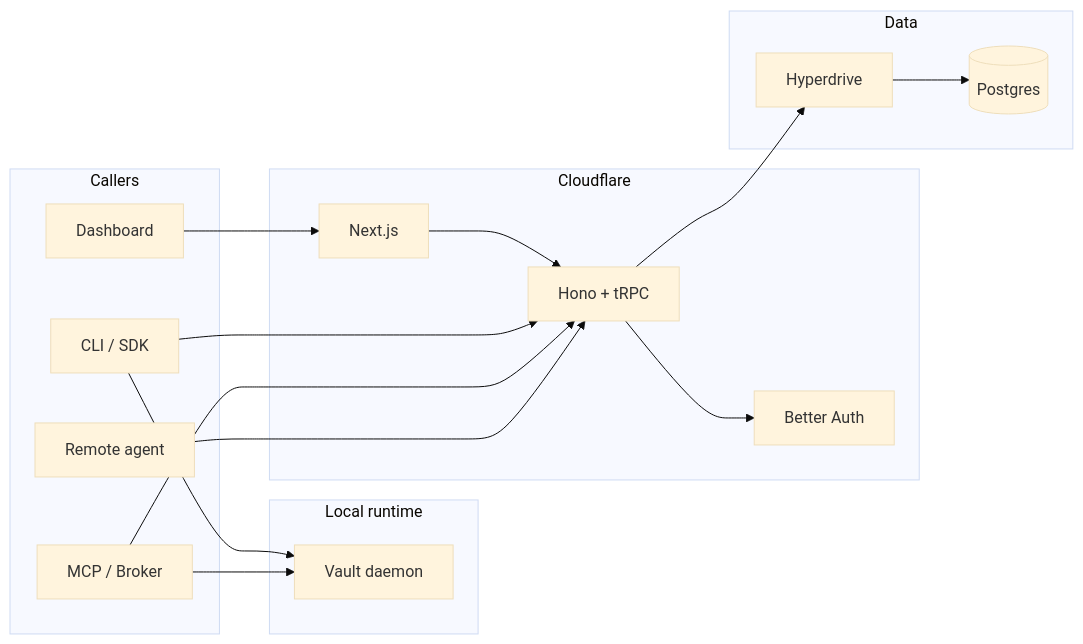
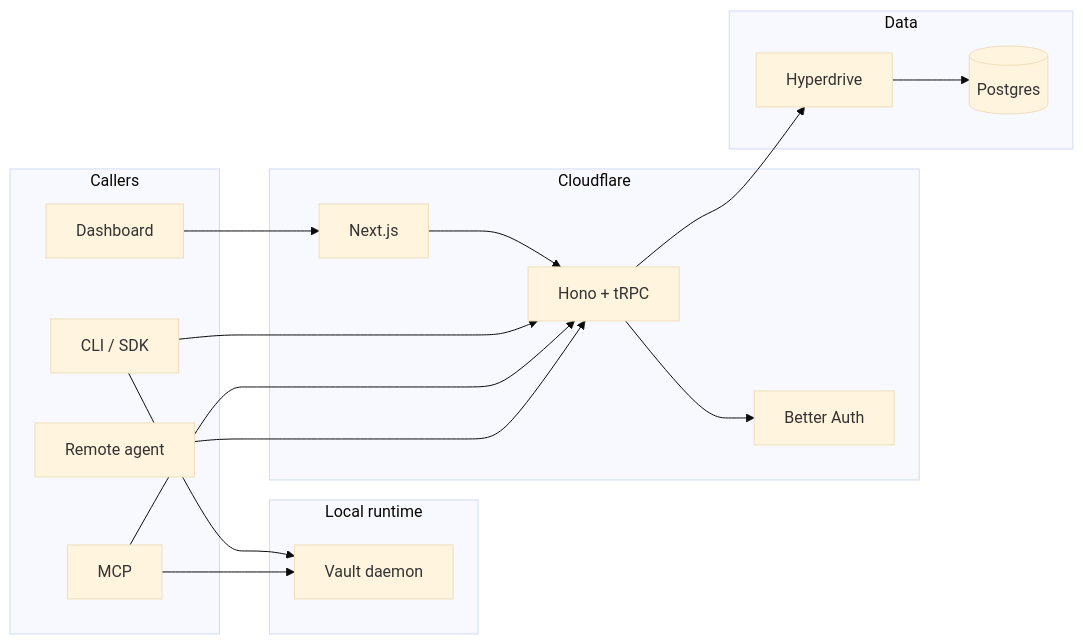
The diagram in docs/ARCHITECTURE.md (punitarani/abadge), drawn with Mermaid (base theme) before and after one commit. The commit also changed other lines of this file and 3 other files, not shown here.

````diff
--- a/docs/ARCHITECTURE.md
+++ b/docs/ARCHITECTURE.md
@@ -54,34 +53,34 @@
 ```mermaid
 flowchart LR
   subgraph Clients["Callers"]
     Browser["Dashboard"]
     CLI["CLI / SDK"]
-    MCP["MCP / Broker"]
+    MCP["MCP"]
     Remote["Remote agent"]
   end
 
   subgraph Local["Local runtime"]
     Daemon["Vault daemon"]
   end
 
   subgraph Edge["Cloudflare"]
     Web["Next.js"]
     API["Hono + tRPC"]
     Auth["Better Auth"]
   end
 
   subgraph Data["Data"]
     Hyperdrive["Hyperdrive"]
     DB[(Postgres)]
   end
 
   Browser --> Web
   Web --> API
   CLI --> API
   MCP --> API
   Remote --> API
   CLI --> Daemon
   MCP --> Daemon
   API --> Auth
   API --> Hyperdrive --> DB
 ```
````
